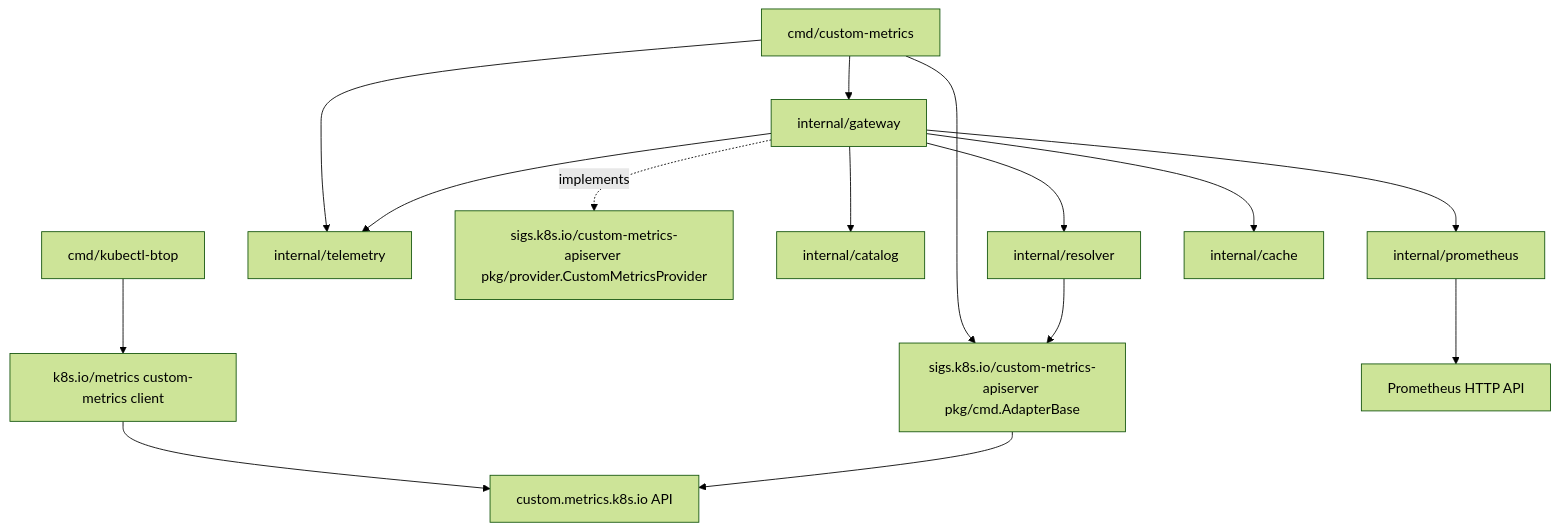
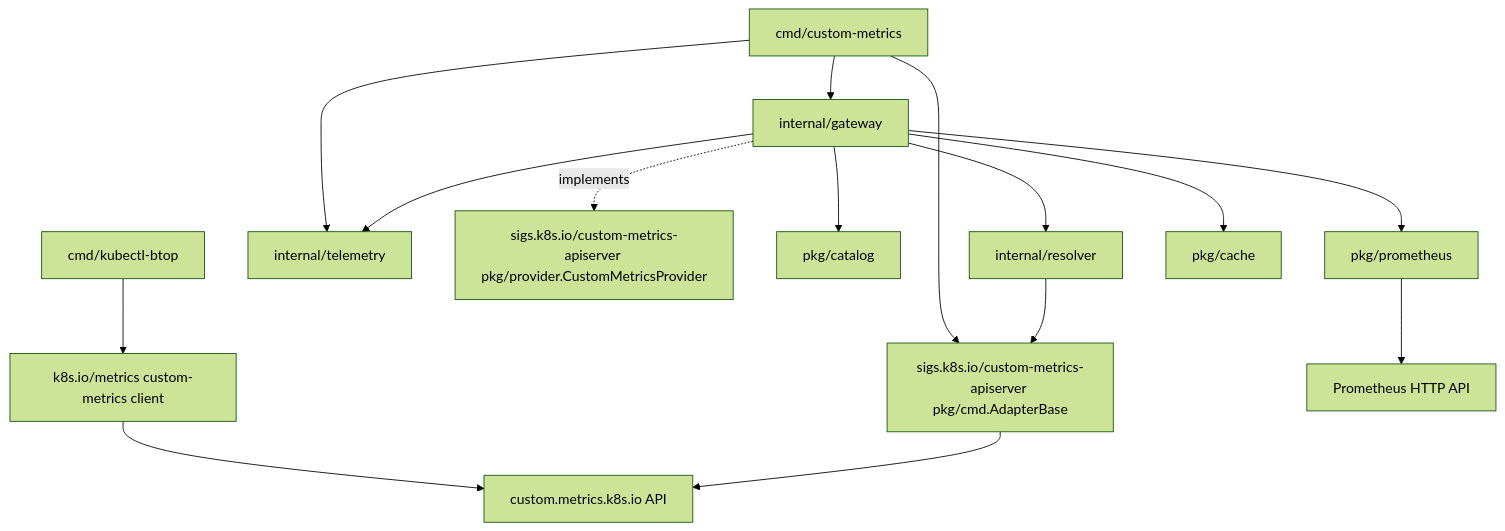
The diagram in docs/design.md (sergelogvinov/kubernetes-custom-metrics), drawn with Mermaid (forest theme) before and after one commit. The commit also changed other lines of this file and 41 other files, not shown here.

````diff
--- a/docs/design.md
+++ b/docs/design.md
@@ -102,18 +122,18 @@
 ```mermaid
 flowchart TD
     btop[cmd/kubectl-btop] --> UpstreamClient[k8s.io/metrics custom-metrics client]
     UpstreamClient --> CustomAPI[custom.metrics.k8s.io API]
 
     ServerMain[cmd/custom-metrics] --> AdapterBase[sigs.k8s.io/custom-metrics-apiserver pkg/cmd.AdapterBase]
     ServerMain --> Gateway[internal/gateway]
     ServerMain --> Telemetry[internal/telemetry]
     AdapterBase --> CustomAPI
     Gateway -.implements.-> ProviderIface[sigs.k8s.io/custom-metrics-apiserver pkg/provider.CustomMetricsProvider]
     Gateway --> Telemetry
-    Gateway --> Catalog[internal/catalog]
+    Gateway --> Catalog[pkg/catalog]
     Gateway --> Resolver[internal/resolver]
-    Gateway --> Prom[internal/prometheus]
-    Gateway --> Cache[internal/cache]
+    Gateway --> Prom[pkg/prometheus]
+    Gateway --> Cache[pkg/cache]
     Resolver --> AdapterBase
     Prom --> Prometheus[Prometheus HTTP API]
 ```
````
